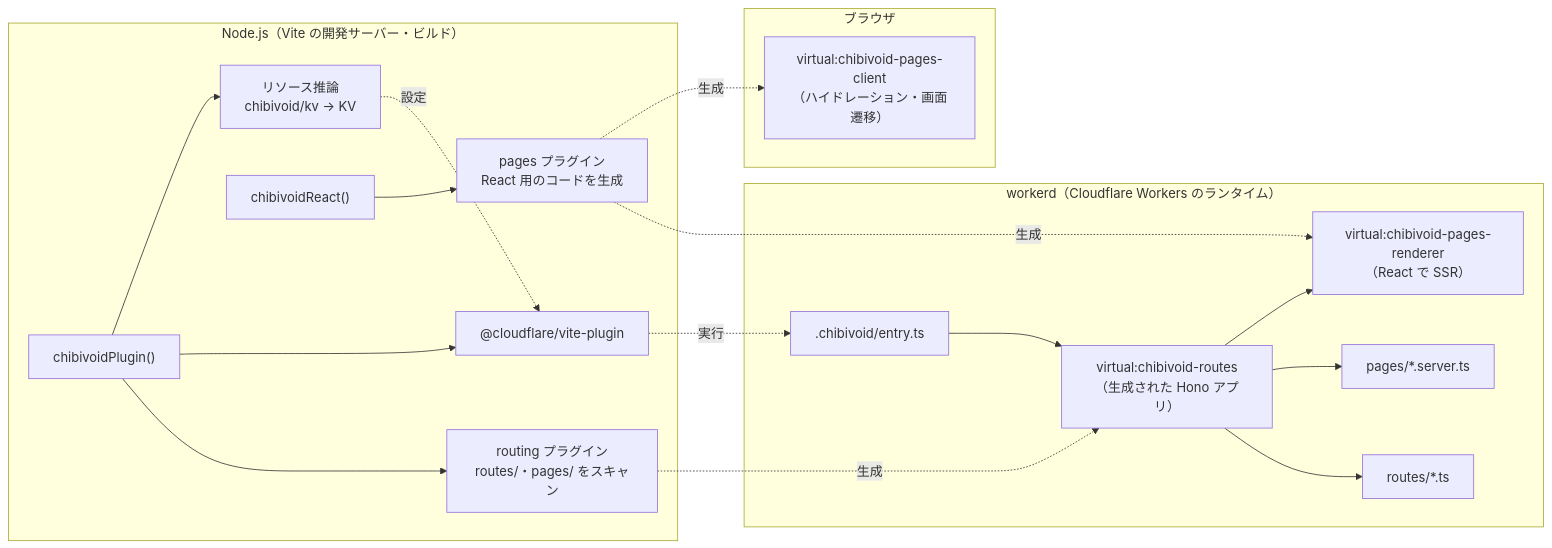
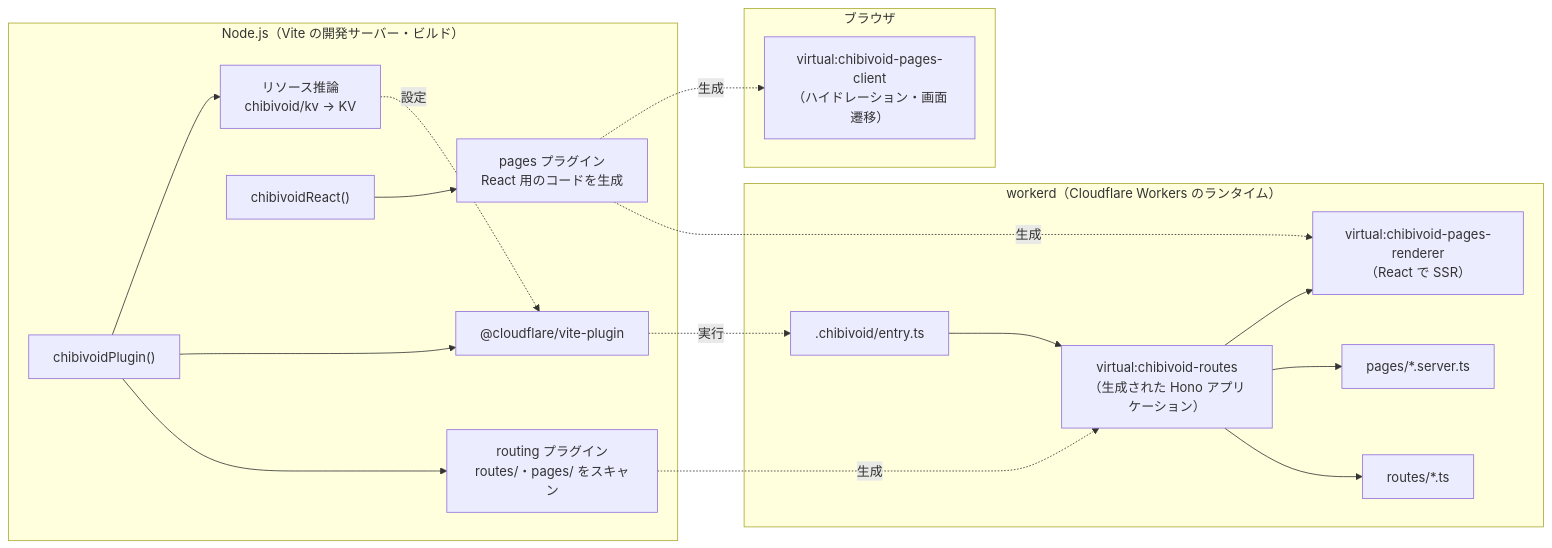
The diagram in books/how-void-works/01-introduction.md (morinokami/zenn-docs), drawn with Mermaid before and after one commit. The commit also changed other lines of this file and 59 other files, not shown here.

````diff
--- a/books/how-void-works/01-introduction.md
+++ b/books/how-void-works/01-introduction.md
@@ -127,23 +127,23 @@
 ```mermaid
 flowchart LR
   subgraph Node["Node.js（Vite の開発サーバー・ビルド）"]
     VP["chibivoidPlugin()"] --> RP["routing プラグイン<br/>routes/・pages/ をスキャン"]
     VP --> CF["@cloudflare/vite-plugin"]
     VP --> INF["リソース推論<br/>chibivoid/kv → KV"]
     RA["chibivoidReact()"] --> PP["pages プラグイン<br/>React 用のコードを生成"]
   end
   subgraph Worker["workerd（Cloudflare Workers のランタイム）"]
-    E[".chibivoid/entry.ts"] --> VR["virtual:chibivoid-routes<br/>（生成された Hono アプリ）"]
+    E[".chibivoid/entry.ts"] --> VR["virtual:chibivoid-routes<br/>（生成された Hono アプリケーション）"]
     VR --> R["routes/*.ts"]
     VR --> SV["pages/*.server.ts"]
     VR --> REN["virtual:chibivoid-pages-renderer<br/>（React で SSR）"]
   end
   subgraph Browser["ブラウザ"]
     CL["virtual:chibivoid-pages-client<br/>（ハイドレーション・画面遷移）"]
   end
   RP -. 生成 .-> VR
   PP -. 生成 .-> REN
   PP -. 生成 .-> CL
   INF -. 設定 .-> CF
   CF -. 実行 .-> E
 ```
````
